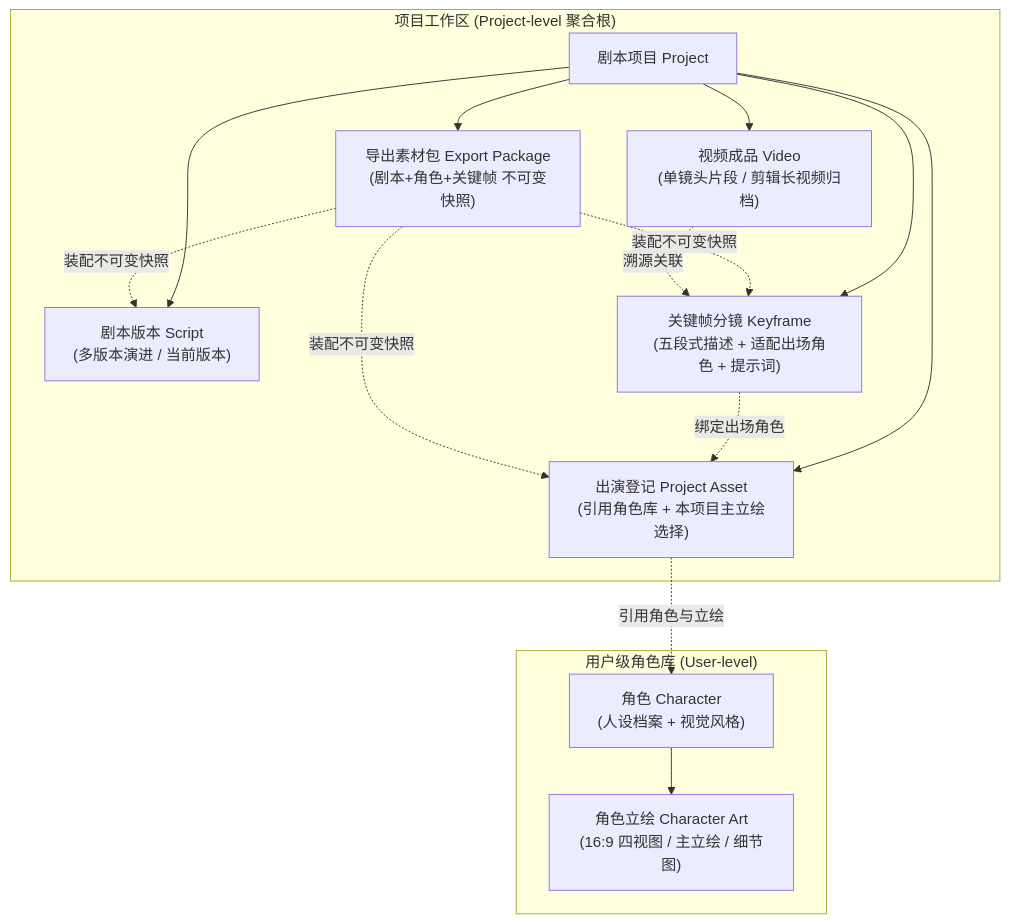
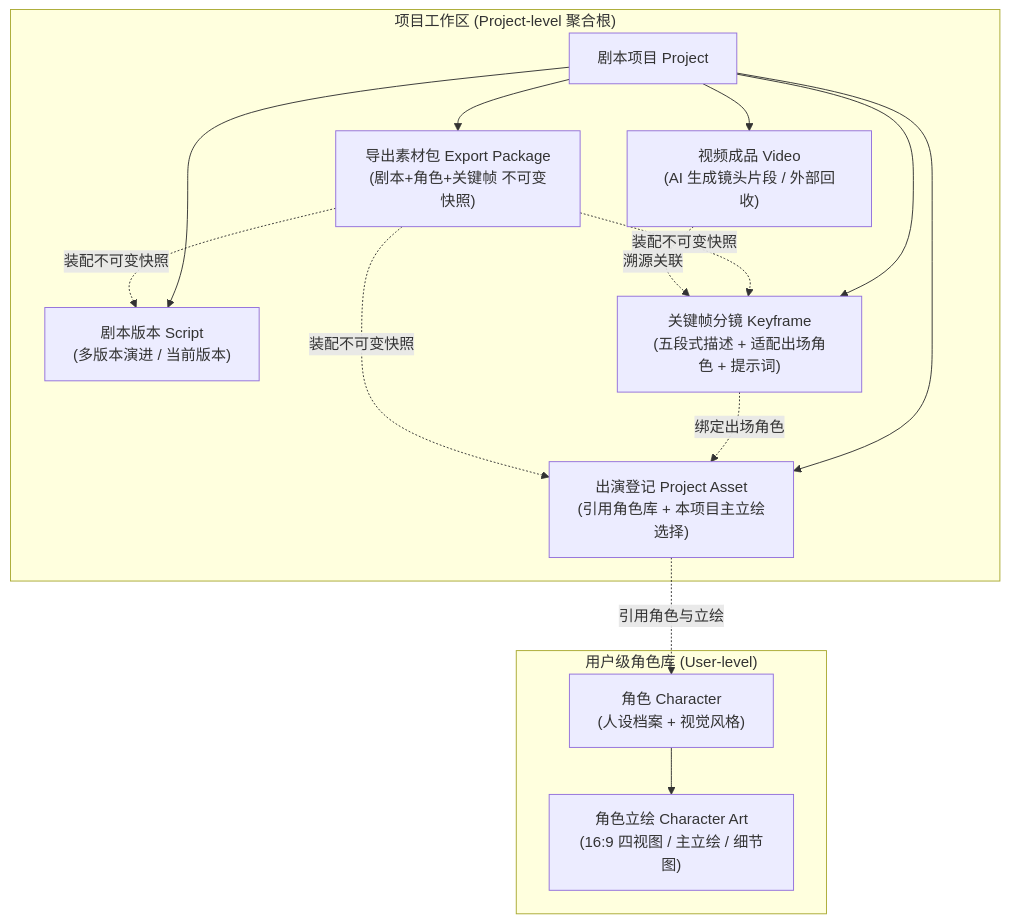
Before and after one commit to mxr-vector/mxr-multi-agent-service: the first of 2 diagrams in readme/STORY.md, drawn with Mermaid. The commit also changed other lines of this file and 21 other files, not shown here.

````diff
--- a/readme/STORY.md
+++ b/readme/STORY.md
@@ -25,30 +25,30 @@
 ```mermaid
 flowchart TD
     subgraph 角色库["用户级角色库 (User-level)"]
         Character["角色 Character<br/>(人设档案 + 视觉风格)"]
         Art["角色立绘 Character Art<br/>(16:9 四视图 / 主立绘 / 细节图)"]
         Character --> Art
     end
 
     subgraph 项目工作区["项目工作区 (Project-level 聚合根)"]
         Project["剧本项目 Project"]
         Script["剧本版本 Script<br/>(多版本演进 / 当前版本)"]
         Casting["出演登记 Project Asset<br/>(引用角色库 + 本项目主立绘选择)"]
         Keyframe["关键帧分镜 Keyframe<br/>(五段式描述 + 适配出场角色 + 提示词)"]
         ExportPkg["导出素材包 Export Package<br/>(剧本+角色+关键帧 不可变快照)"]
-        Video["视频成品 Video<br/>(单镜头片段 / 剪辑长视频归档)"]
+        Video["视频成品 Video<br/>(AI 生成镜头片段 / 外部回收)"]
 
         Project --> Script
         Project --> Casting
         Project --> Keyframe
         Project --> ExportPkg
         Project --> Video
     end
 
     Casting -.引用角色与立绘.-> Character
     Keyframe -.绑定出场角色.-> Casting
     ExportPkg -.装配不可变快照.-> Script
     ExportPkg -.装配不可变快照.-> Casting
     ExportPkg -.装配不可变快照.-> Keyframe
     Video -.溯源关联.-> Keyframe
 ```
````
